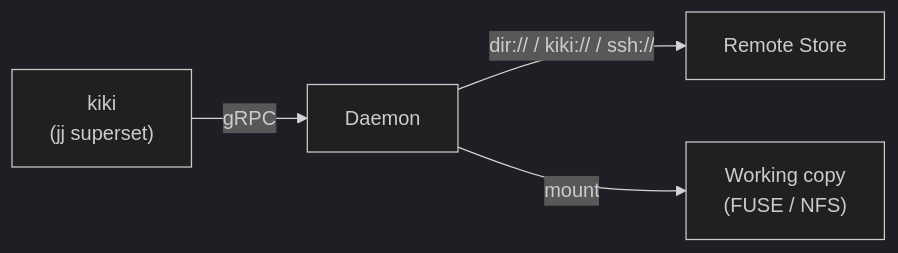
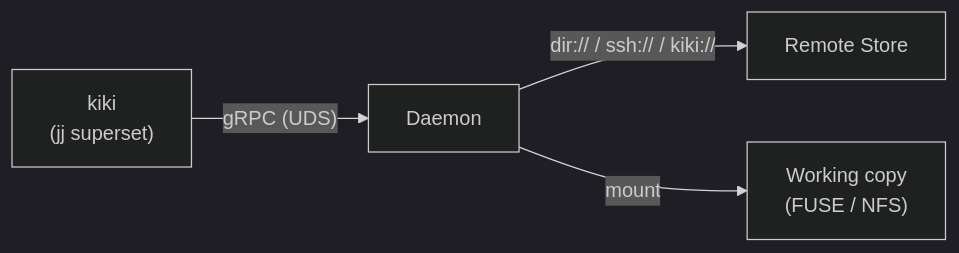
The diagram in docs/USER_GUIDE.md (ahimsalabs/kiki), drawn with Mermaid (dark theme) before and after one commit. The commit also changed other lines of this file and 1 other file, not shown here.

First line of the commit message:
update README and User Guide for new daemon lifecycle

````diff
--- a/docs/USER_GUIDE.md
+++ b/docs/USER_GUIDE.md
@@ -13,6 +13,6 @@
 ```mermaid
 graph LR
-    CLI["kiki<br/>(jj superset)"] -- gRPC --> Daemon
-    Daemon -- "dir:// / kiki:// / ssh://" --> Remote["Remote Store"]
+    CLI["kiki<br/>(jj superset)"] -- "gRPC (UDS)" --> Daemon
+    Daemon -- "dir:// / ssh:// / kiki://" --> Remote["Remote Store"]
     Daemon -- mount --> VFS["Working copy<br/>(FUSE / NFS)"]
 ```
````
